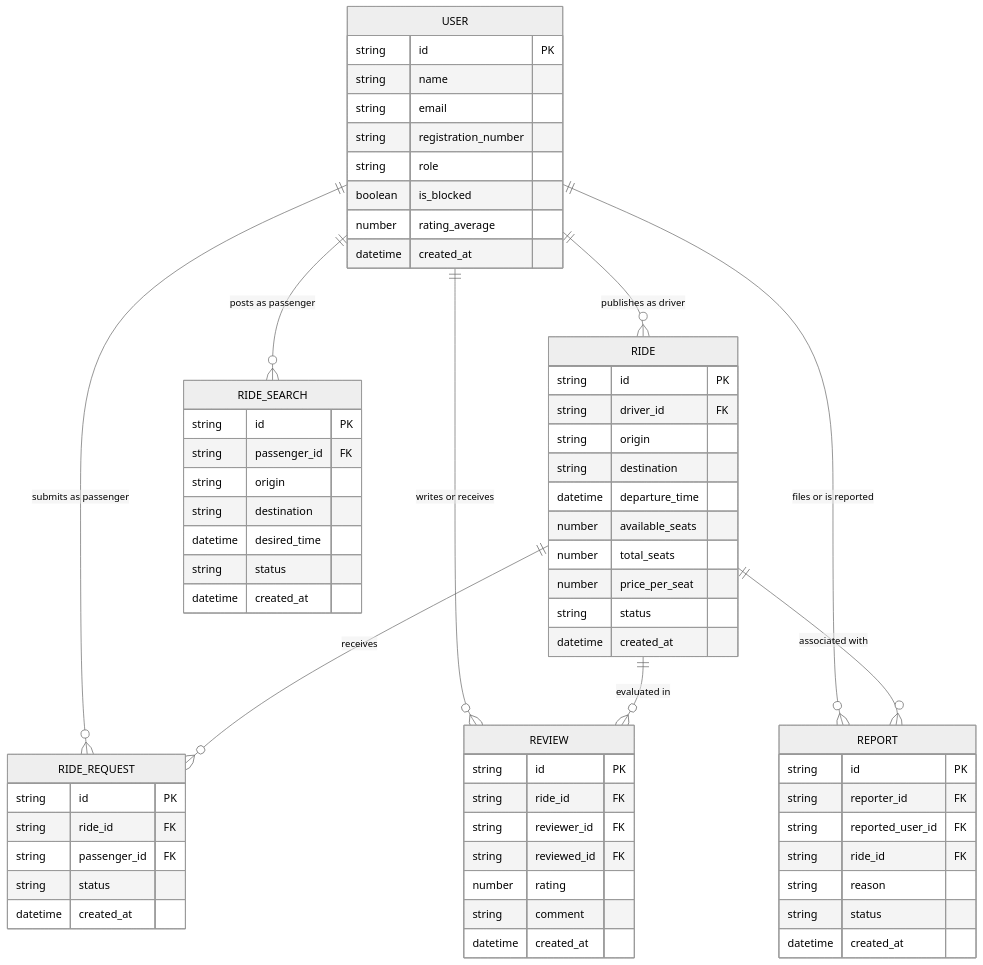
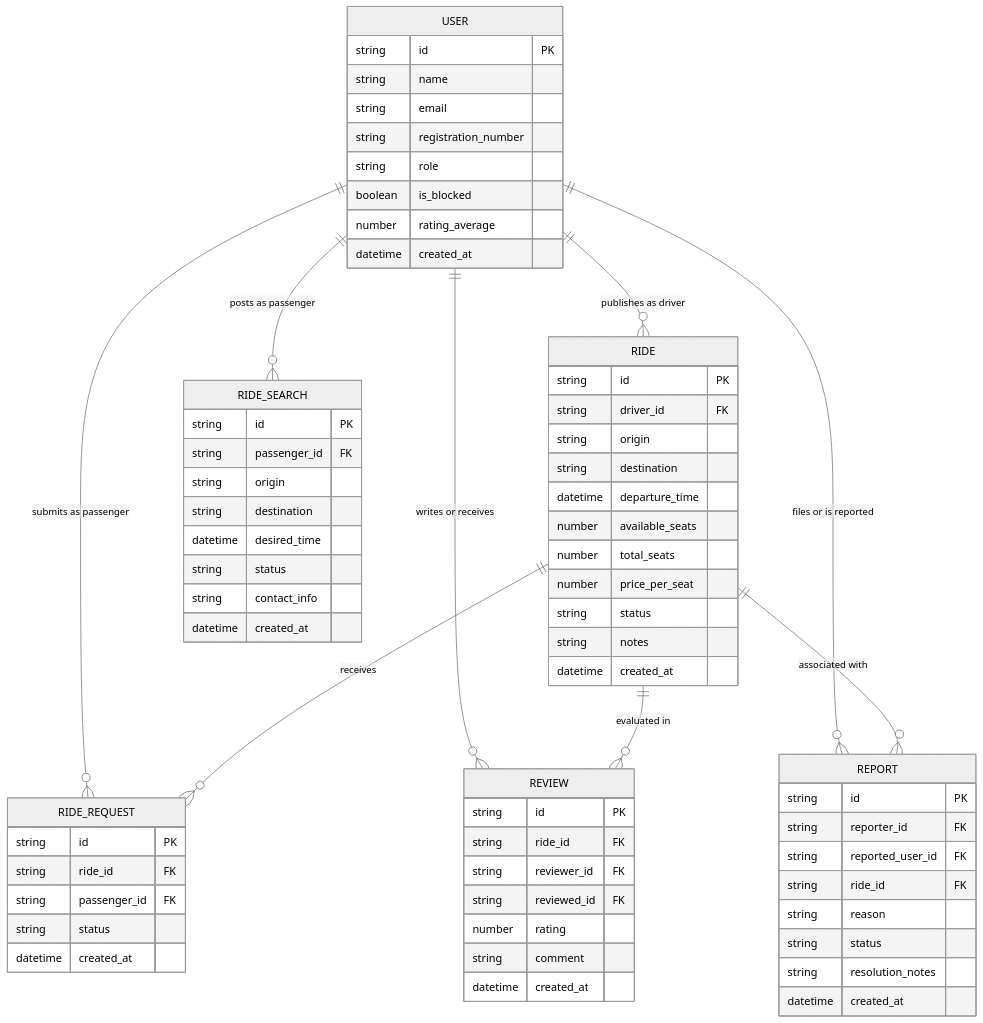
The diagram in docs/architecture.md (UTFRide/UTFRide), drawn with Mermaid (neutral theme) before and after one commit. The commit also changed other lines of this file and 1 other file, not shown here.

Commit message:
docs: add technical architecture specification and update project documentation links

````diff
--- a/docs/architecture.md
+++ b/docs/architecture.md
@@ -153,74 +159,77 @@
 ```mermaid
 erDiagram
     USER ||--o{ RIDE : "publishes as driver"
     USER ||--o{ RIDE_REQUEST : "submits as passenger"
     USER ||--o{ RIDE_SEARCH : "posts as passenger"
     USER ||--o{ REVIEW : "writes or receives"
     USER ||--o{ REPORT : "files or is reported"
     
     RIDE ||--o{ RIDE_REQUEST : "receives"
     RIDE ||--o{ REVIEW : "evaluated in"
     RIDE ||--o{ REPORT : "associated with"
 
     USER {
         string id PK
         string name
         string email
         string registration_number
         string role
         boolean is_blocked
         number rating_average
         datetime created_at
     }
 
     RIDE {
         string id PK
         string driver_id FK
         string origin
         string destination
         datetime departure_time
         number available_seats
         number total_seats
         number price_per_seat
         string status
+        string notes
         datetime created_at
     }
 
     RIDE_REQUEST {
         string id PK
         string ride_id FK
         string passenger_id FK
         string status
         datetime created_at
     }
 
     RIDE_SEARCH {
         string id PK
         string passenger_id FK
         string origin
         string destination
         datetime desired_time
         string status
+        string contact_info
         datetime created_at
     }
 
     REVIEW {
         string id PK
         string ride_id FK
         string reviewer_id FK
         string reviewed_id FK
         number rating
         string comment
         datetime created_at
     }
 
     REPORT {
         string id PK
         string reporter_id FK
         string reported_user_id FK
         string ride_id FK
         string reason
         string status
+        string resolution_notes
         datetime created_at
     }
 ```
````
